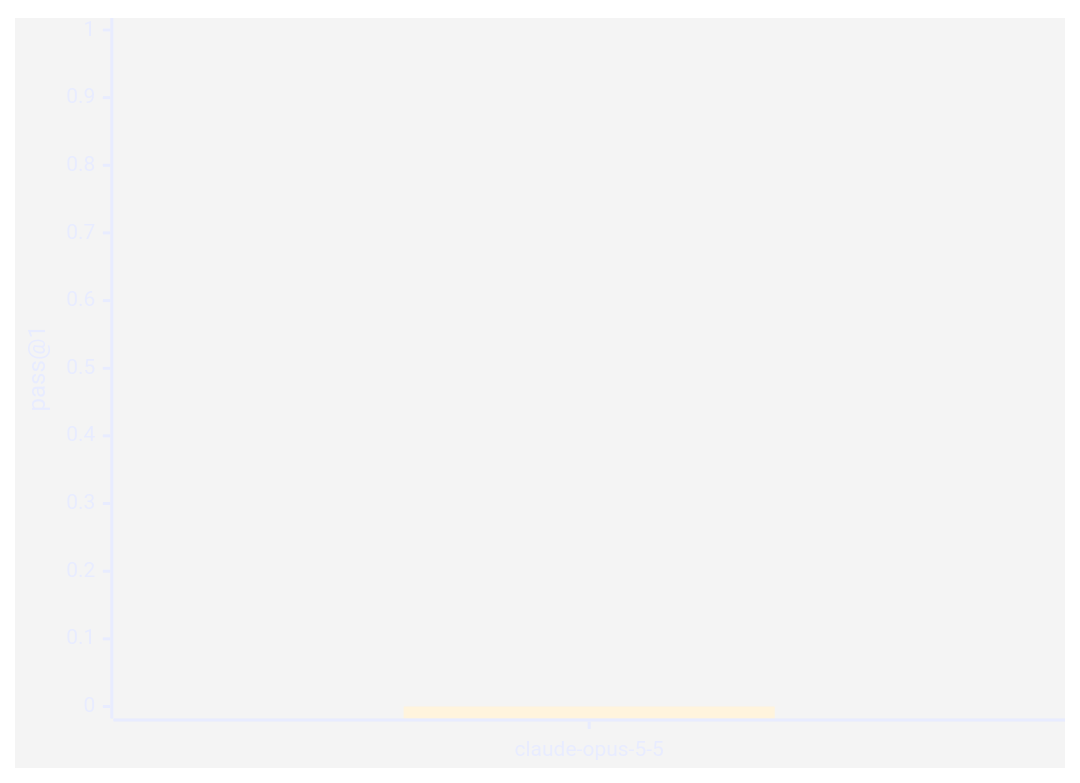
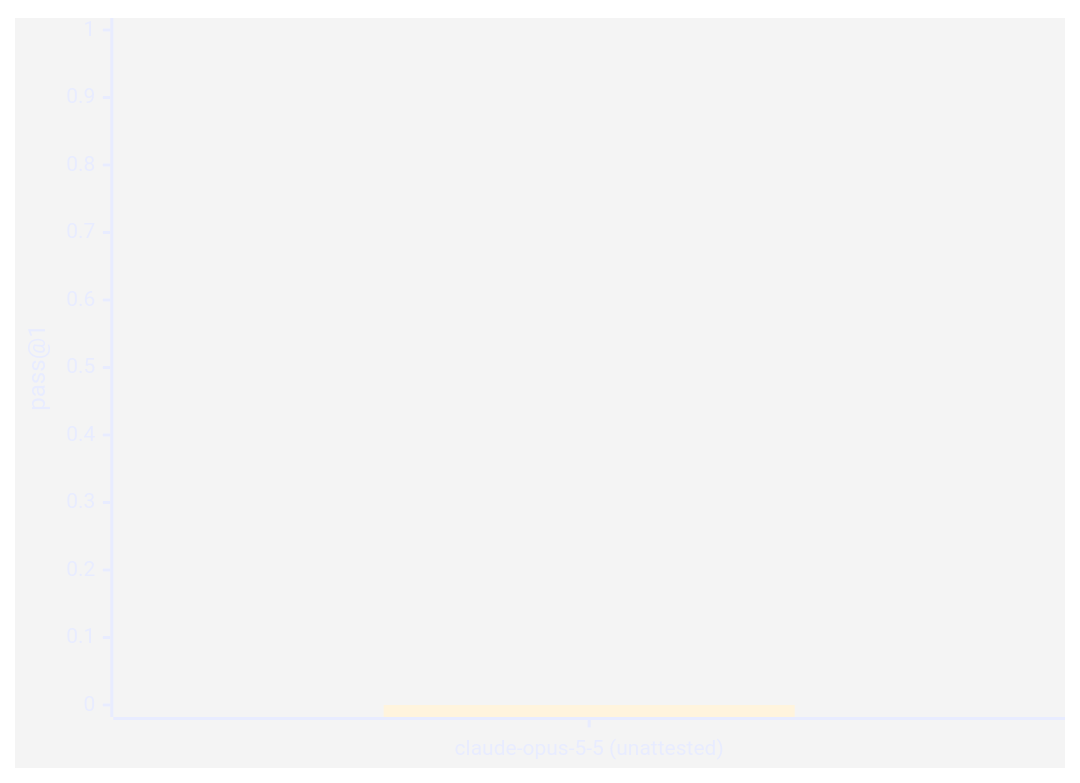
The first of 3 diagrams in README.md (EtharaLabs/mirage-samples), drawn with Mermaid before and after one commit. The commit also changed other lines of this file, not shown here.

````diff
--- a/README.md
+++ b/README.md
@@ -47,7 +49,7 @@
 ```mermaid
 %%{init: {"theme":"base","themeVariables":{"primaryColor":"#131a33","primaryTextColor":"#e8ecff","primaryBorderColor":"#845EF7","lineColor":"#22d3ee","fontFamily":"monospace"}}}%%
 xychart-beta
-    x-axis ["claude-opus-5-5"]
+    x-axis ["claude-opus-5-5 (unattested)"]
     y-axis "pass@1" 0 --> 1
     bar [0.00]
 ```
````
